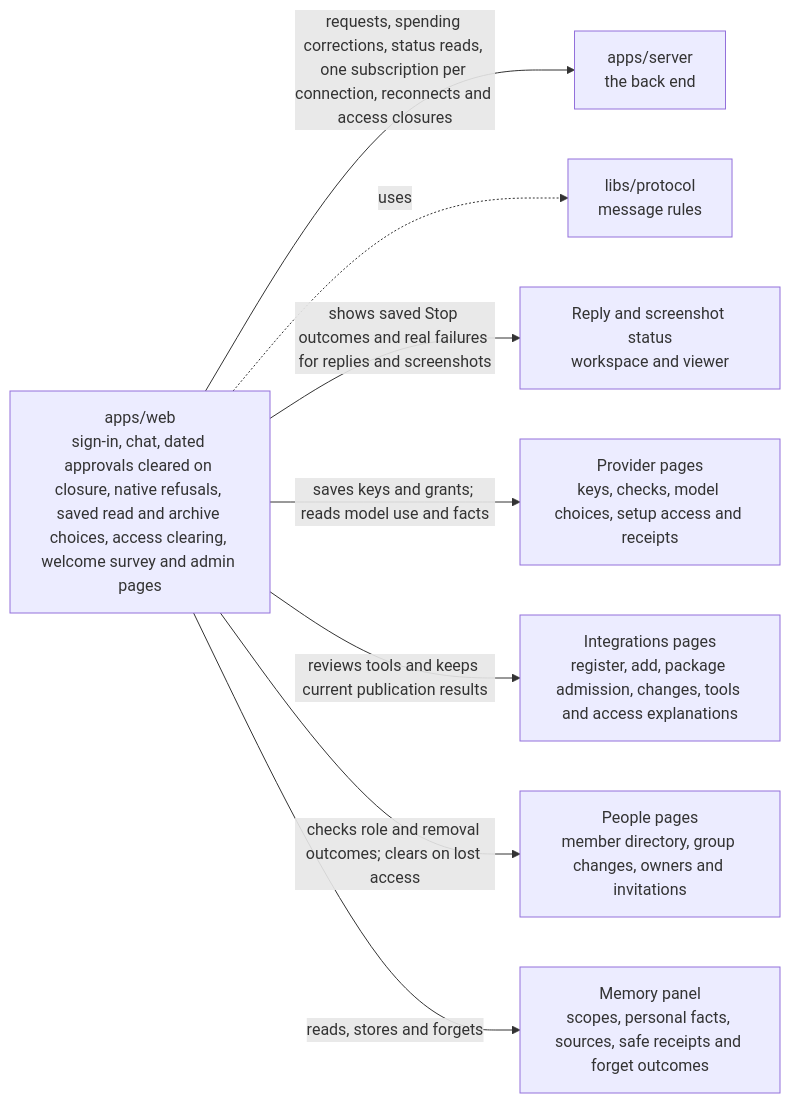
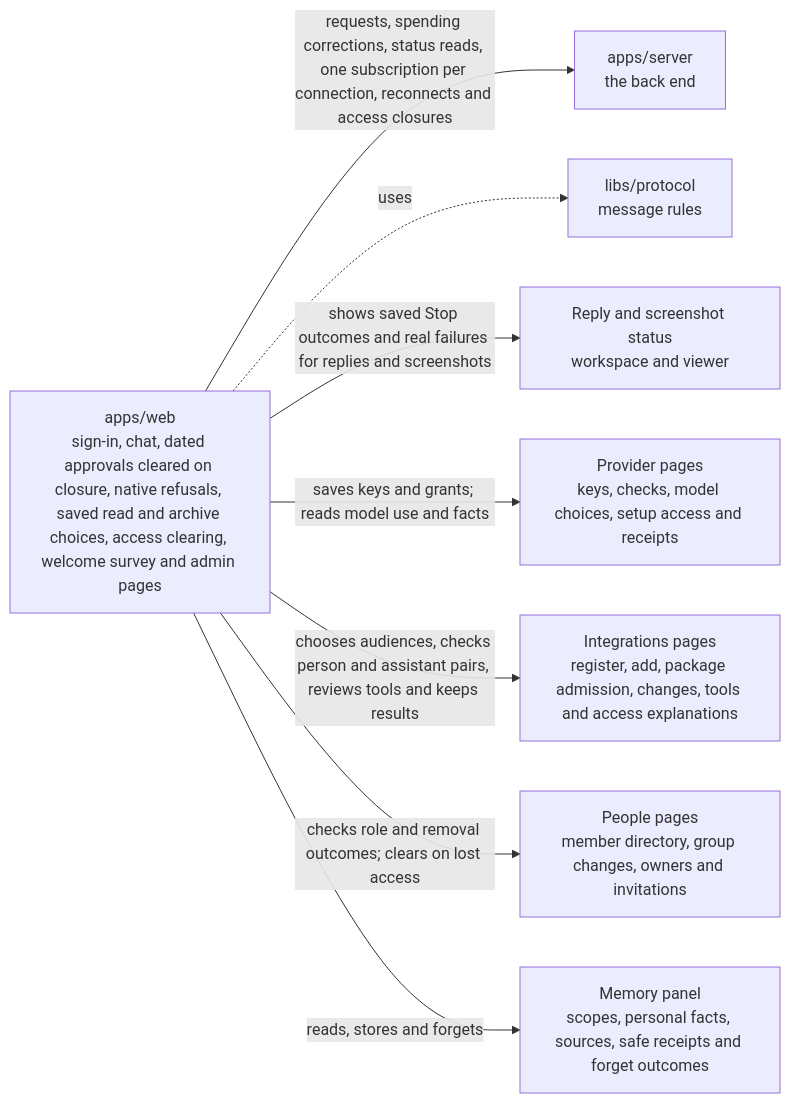
The diagram in apps/web/README.md (elewa-git/opencrane-new), drawn with Mermaid before and after one commit. The commit also changed other lines of this file and 43 other files, not shown here.

````diff
--- a/apps/web/README.md
+++ b/apps/web/README.md
@@ -11,10 +11,10 @@
 ```mermaid
 flowchart LR
   web["apps/web<br/>sign-in, chat, dated approvals cleared on closure, native refusals, saved read and archive choices, access clearing, welcome survey and admin pages"] -->|requests, spending corrections, status reads, one subscription per connection, reconnects and access closures| server["apps/server<br/>the back end"]
   web -.->|uses| protocol["libs/protocol<br/>message rules"]
   web -->|shows saved Stop outcomes and real failures for replies and screenshots| capture["Reply and screenshot status<br/>workspace and viewer"]
   web -->|saves keys and grants; reads model use and facts| providers["Provider pages<br/>keys, checks, model choices, setup access and receipts"]
-  web -->|reviews tools and keeps current publication results| integrations["Integrations pages<br/>register, add, package admission, changes, tools and access explanations"]
+  web -->|chooses audiences, checks person and assistant pairs, reviews tools and keeps results| integrations["Integrations pages<br/>register, add, package admission, changes, tools and access explanations"]
   web -->|checks role and removal outcomes; clears on lost access| people["People pages<br/>member directory, group changes, owners and invitations"]
   web -->|reads, stores and forgets| memory["Memory panel<br/>scopes, personal facts, sources, safe receipts and forget outcomes"]
 ```
````
